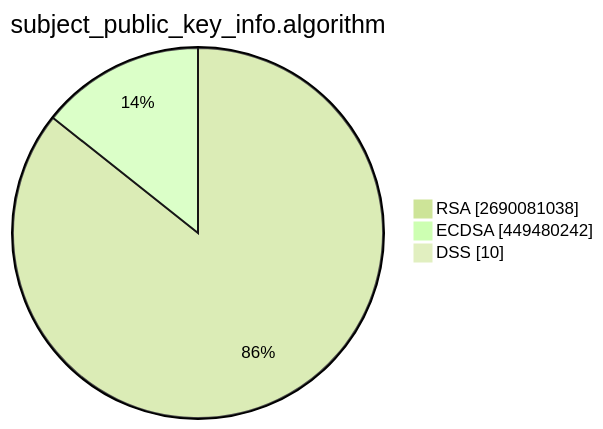
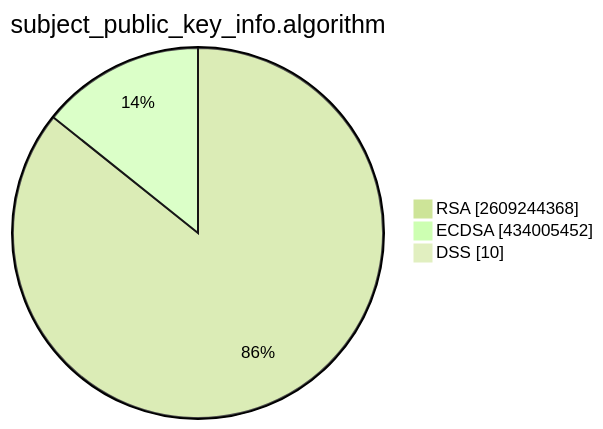
The second of 15 diagrams in TOTAL/README.md (christiankrug/ctmonitor_visualization), drawn with Mermaid (forest theme) before and after one commit. The commit also changed other lines of this file, not shown here.

````diff
--- a/TOTAL/README.md
+++ b/TOTAL/README.md
@@ -6,7 +6,7 @@
 ```mermaid
 pie showData
 title subject_public_key_info.algorithm
-"RSA" :2690081038
-"ECDSA" :449480242
+"RSA" :2609244368
+"ECDSA" :434005452
 "DSS" :10
 ```
````
